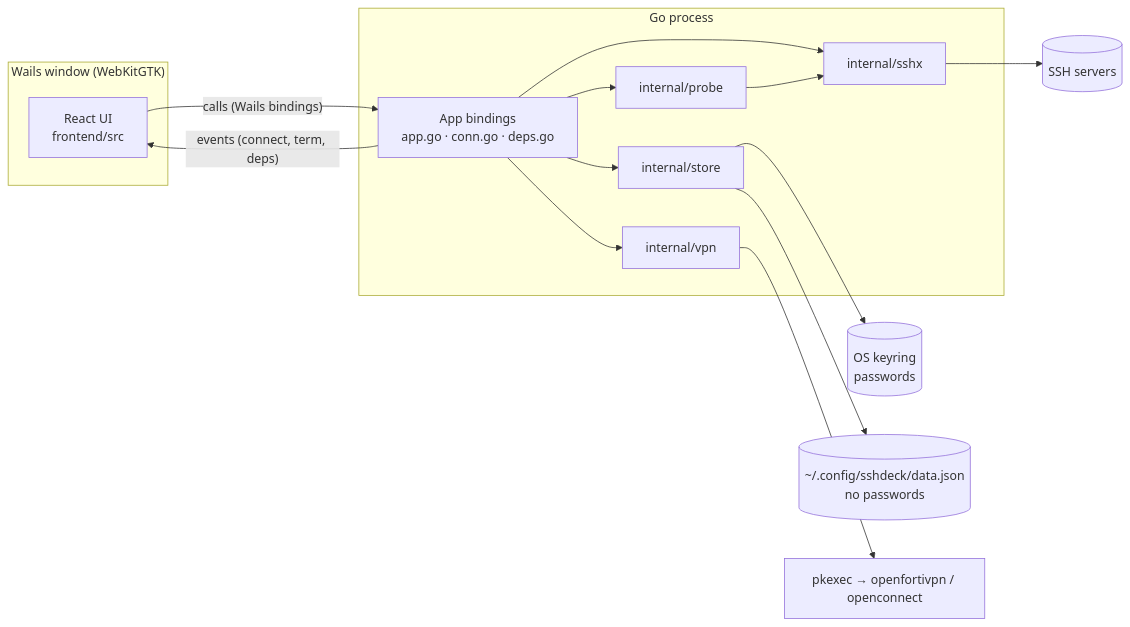
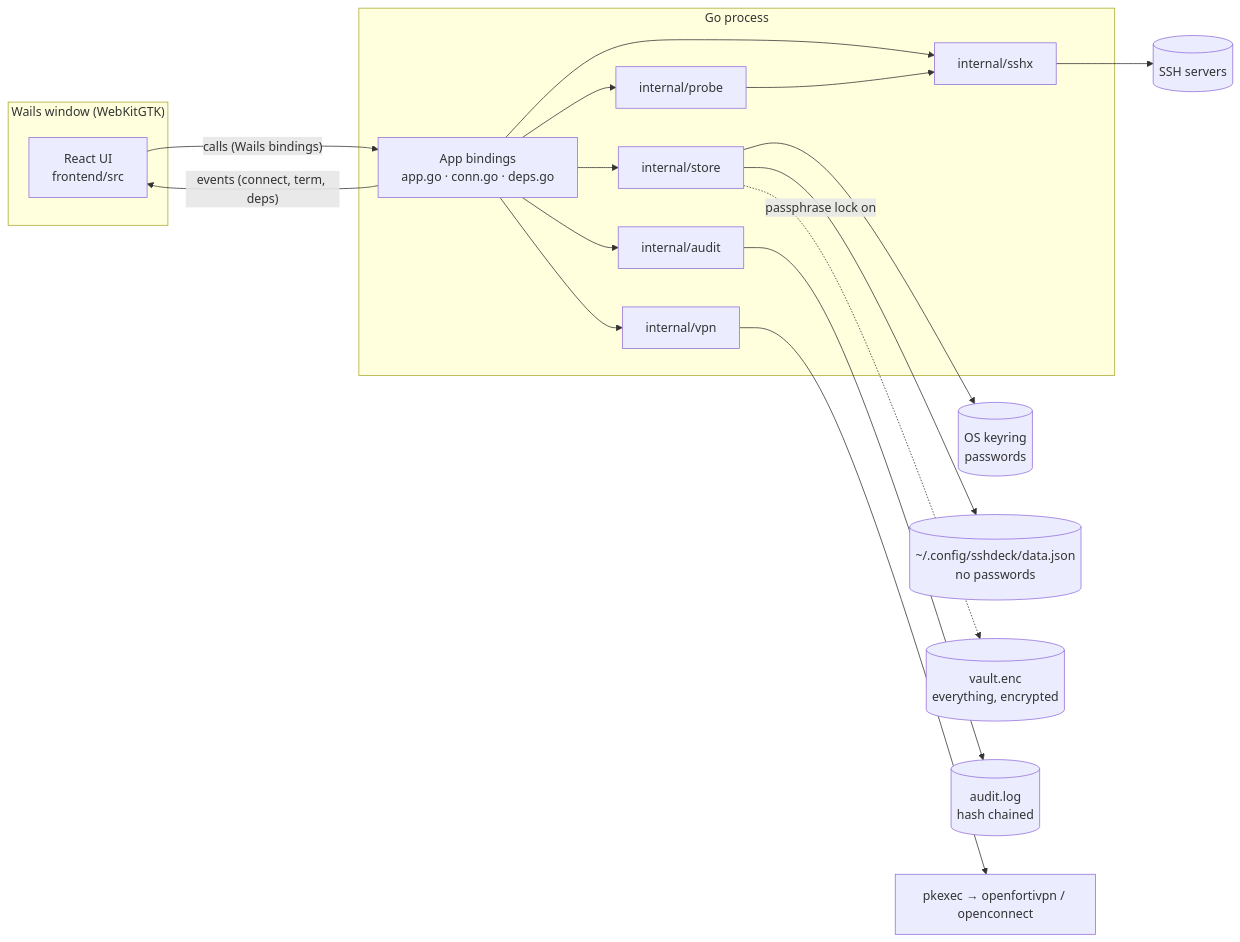
One commit to KushalNaral/sshdeck changed the first of 2 diagrams in docs/ARCHITECTURE.md. Above: the diagram before and after it, drawn with Mermaid. The commit also changed other lines of this file and 39 other files, not shown here.

````diff
--- a/docs/ARCHITECTURE.md
+++ b/docs/ARCHITECTURE.md
@@ -9,20 +9,23 @@
 ```mermaid
 flowchart LR
   subgraph Window["Wails window (WebKitGTK)"]
     UI["React UI<br/>frontend/src"]
   end
   subgraph Go["Go process"]
     App["App bindings<br/>app.go · conn.go · deps.go"]
     Store["internal/store"]
+    Audit["internal/audit"]
     Sshx["internal/sshx"]
     Vpn["internal/vpn"]
     Probe["internal/probe"]
   end
   UI -- "calls (Wails bindings)" --> App
   App -- "events (connect, term, deps)" --> UI
   App --> Store --> Keyring[("OS keyring<br/>passwords")]
   Store --> File[("~/.config/sshdeck/data.json<br/>no passwords")]
+  Store -. "passphrase lock on" .-> Vault[("vault.enc<br/>everything, encrypted")]
+  App --> Audit --> Log[("audit.log<br/>hash chained")]
   App --> Vpn --> Clients["pkexec → openfortivpn / openconnect"]
   App --> Sshx --> Servers[("SSH servers")]
   App --> Probe --> Sshx
 ```
````
